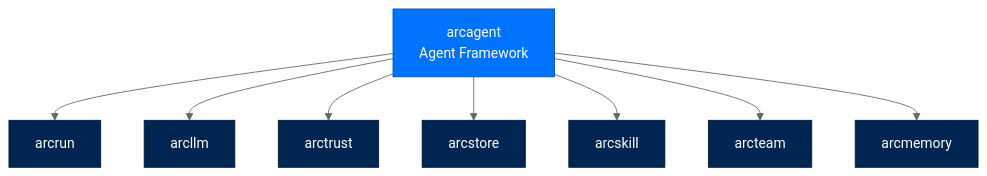
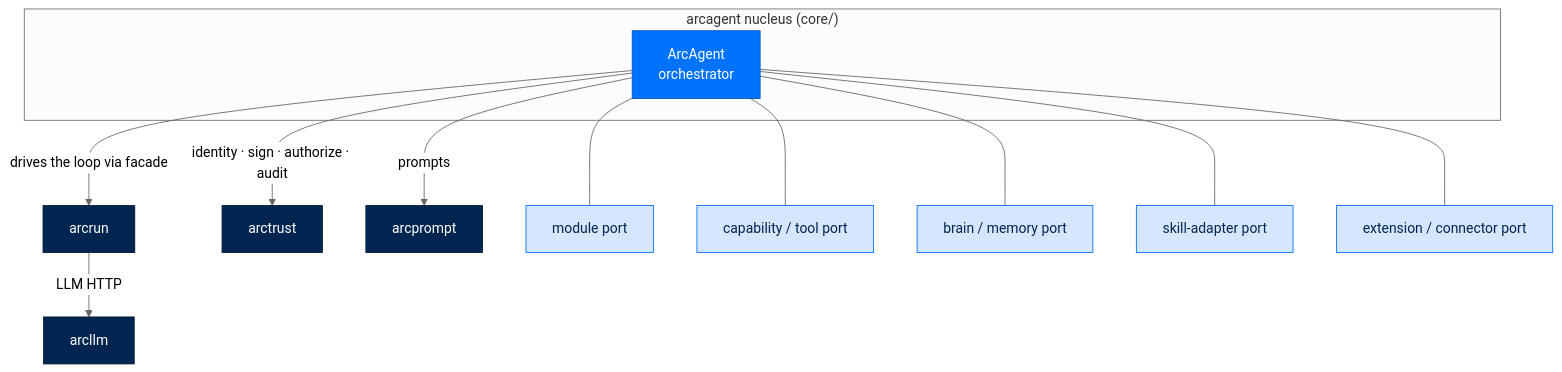
The first of 5 diagrams in docs/building/packages/arcagent.md (joshuamschultz/Arc), drawn with Mermaid (neutral theme) before and after one commit. The commit also changed other lines of this file and 7 other files, not shown here.

````diff
--- a/docs/building/packages/arcagent.md
+++ b/docs/building/packages/arcagent.md
@@ -17,13 +27,21 @@
 ```mermaid
 flowchart TB
-    classDef agent fill:#0073FE,stroke:#0055BC,color:#FFFFFF
+    classDef core fill:#0073FE,stroke:#0055BC,color:#FFFFFF
     classDef dep fill:#002550,stroke:#001A38,color:#FFFFFF
+    classDef port fill:#D6E6FF,stroke:#0073FE,color:#002550
 
-    arcagent[arcagent<br/>Agent Framework]:::agent --> arcrun[arcrun]:::dep
-    arcagent --> arcllm[arcllm]:::dep
-    arcagent --> arctrust[arctrust]:::dep
-    arcagent --> arcstore[arcstore]:::dep
-    arcagent --> arcskill[arcskill]:::dep
-    arcagent --> arcteam[arcteam]:::dep
-    arcagent --> arcmemory[arcmemory]:::dep
+    subgraph NUX["arcagent nucleus (core/)"]
+        A["ArcAgent<br/>orchestrator"]:::core
+    end
+
+    A -->|drives the loop via facade| RUN[arcrun]:::dep
+    RUN -->|LLM HTTP| LLM[arcllm]:::dep
+    A -->|identity · sign · authorize · audit| TRUST[arctrust]:::dep
+    A -->|prompts| PROMPT[arcprompt]:::dep
+
+    A --- P1["module port"]:::port
+    A --- P2["capability / tool port"]:::port
+    A --- P3["brain / memory port"]:::port
+    A --- P4["skill-adapter port"]:::port
+    A --- P5["extension / connector port"]:::port
 ```
````
